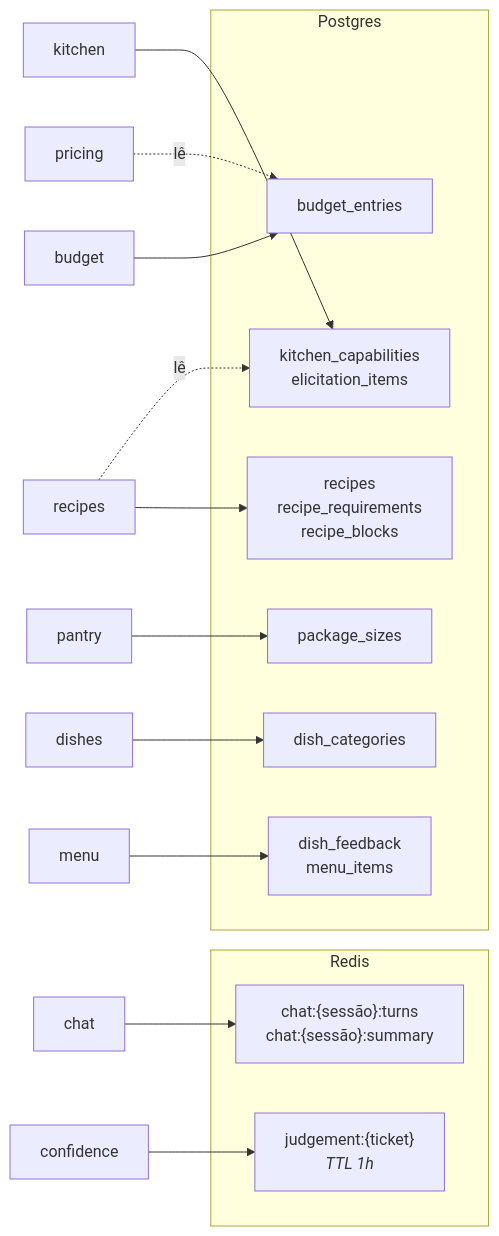
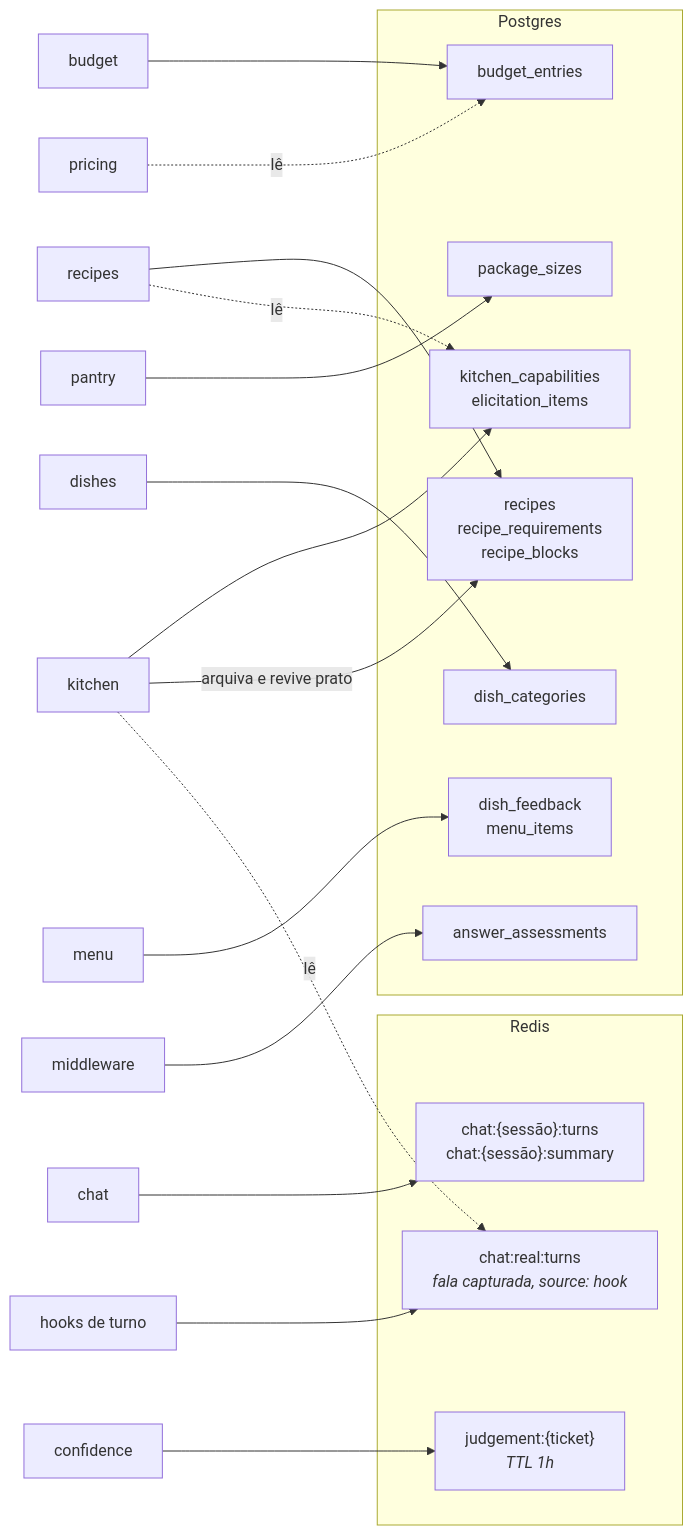
Before and after one commit to lrdsouza/jacquinho: the sixth of 6 diagrams in docs/arquitetura.md, drawn with Mermaid. The commit also changed other lines of this file and 10 other files, not shown here.

````diff
--- a/docs/arquitetura.md
+++ b/docs/arquitetura.md
@@ -183,25 +207,31 @@
 ```mermaid
 flowchart LR
     subgraph redis["Redis"]
         c["chat:{sessão}:turns<br/>chat:{sessão}:summary"]
+        cr["chat:real:turns<br/><i>fala capturada, source: hook</i>"]
         j["judgement:{ticket}<br/><i>TTL 1h</i>"]
     end
     subgraph pgdb["Postgres"]
         k["kitchen_capabilities<br/>elicitation_items"]
         b["budget_entries"]
         pk["package_sizes"]
         dc["dish_categories"]
         rc["recipes<br/>recipe_requirements<br/>recipe_blocks"]
         fm["dish_feedback<br/>menu_items"]
+        aa["answer_assessments"]
     end
+    hooks["hooks de turno"] --> cr
     chatmcp["chat"] --> c
     confmcp["confidence"] --> j
+    mw["middleware"] --> aa
     recipesmcp["recipes"] --> rc
     menumcp["menu"] --> fm
     kitchenmcp["kitchen"] --> k
+    kitchenmcp -->|"arquiva e revive prato"| rc
     budgetmcp["budget"] --> b
     pantrymcp["pantry"] --> pk
     dishesmcp["dishes"] --> dc
     pricingmcp["pricing"] -. lê .-> b
     recipesmcp -. lê .-> k
+    kitchenmcp -. lê .-> cr
 ```
````
